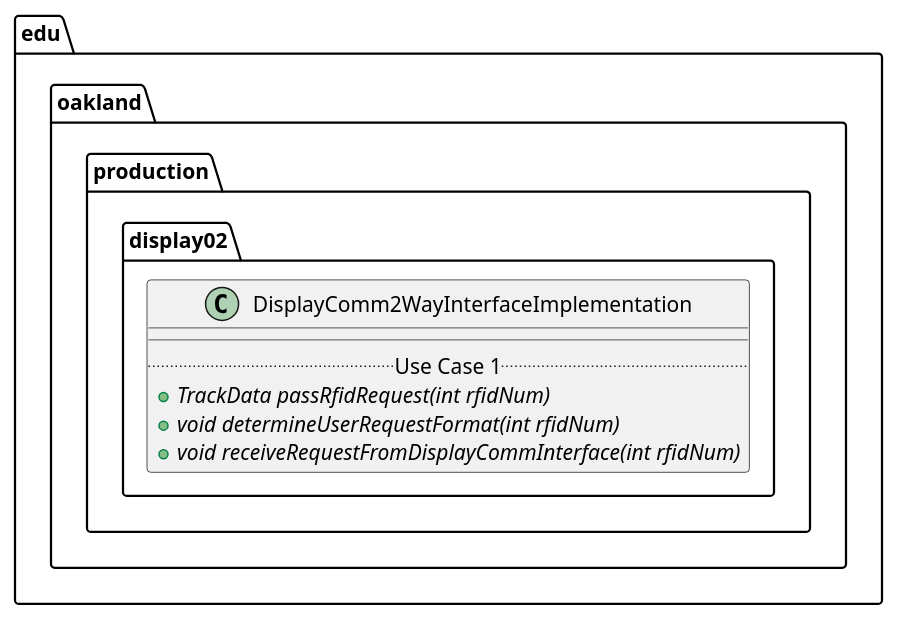
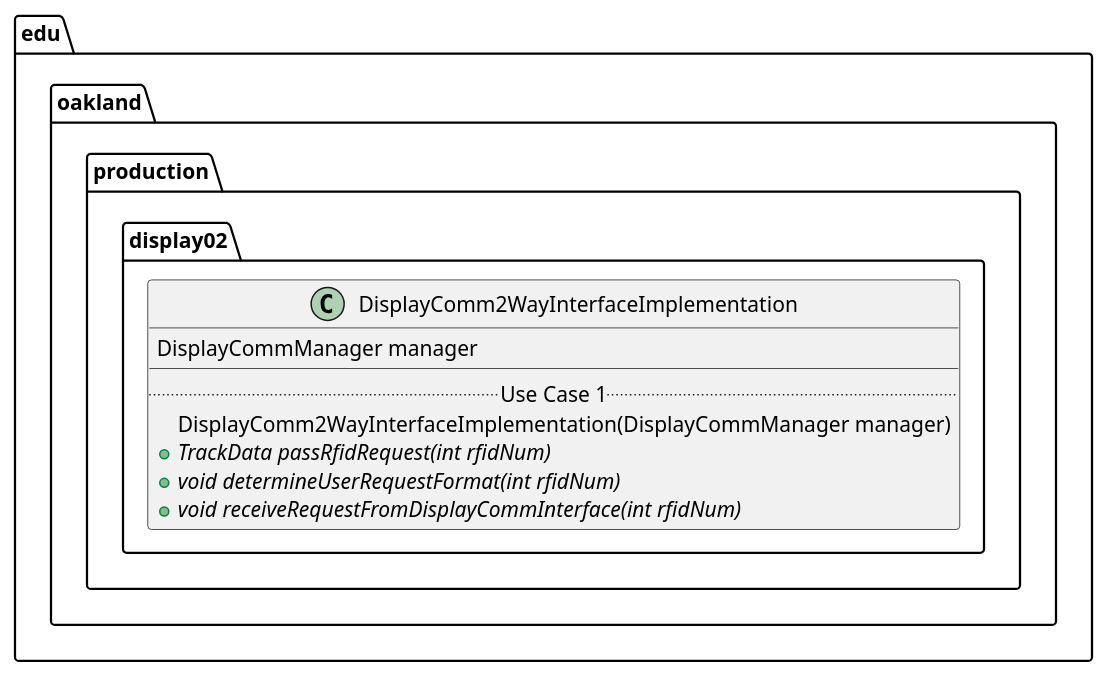
Before and after one commit to andrewdimmer/csi-3370-software-project: the diagram in docs/uml-class-diagrams/display02/production/DisplayComm2WayInterfaceImplementation/DisplayComm2WayInterfaceImplementation.puml, drawn with PlantUML.

```diff
--- a/docs/uml-class-diagrams/display02/production/DisplayComm2WayInterfaceImplementation/DisplayComm2WayInterfaceImplementation.puml
+++ b/docs/uml-class-diagrams/display02/production/DisplayComm2WayInterfaceImplementation/DisplayComm2WayInterfaceImplementation.puml
@@ -1,13 +1,15 @@
 @startuml DisplayComm2WayInterfaceImplementation
 
 package edu.oakland.production.display02 {
     class DisplayComm2WayInterfaceImplementation {
+        DisplayCommManager manager
         __
         .. Use Case 1 ..
+        DisplayComm2WayInterfaceImplementation(DisplayCommManager manager)
         {abstract} + TrackData passRfidRequest(int rfidNum)
         {abstract} + void determineUserRequestFormat(int rfidNum)
         {abstract} + void receiveRequestFromDisplayCommInterface(int rfidNum)
     }
 }
 
 @enduml
```
